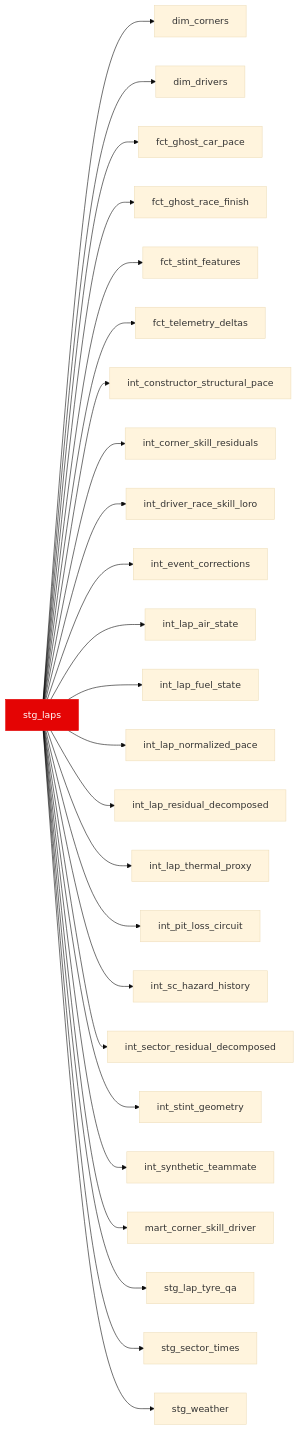
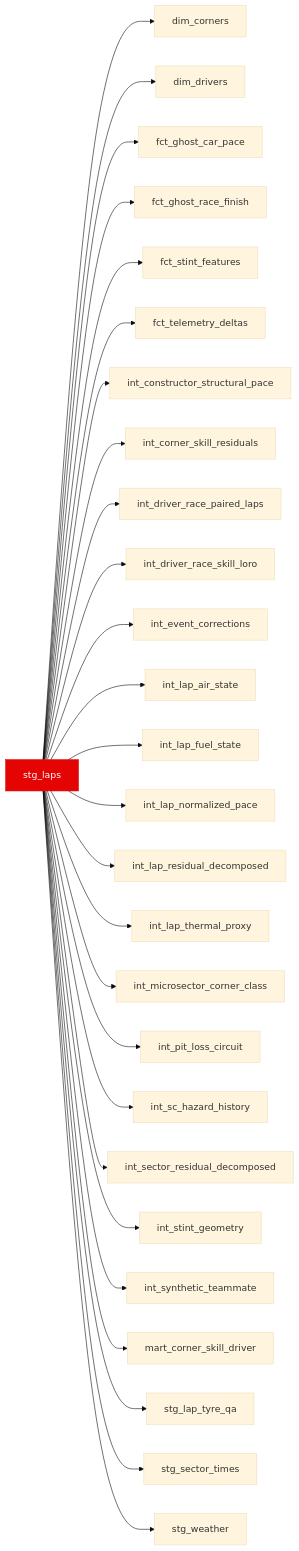
Before and after one commit to JustinClarke/off-the-pace: the diagram in docs/reference/models/stg/stg_laps.mdx, drawn with Mermaid (base theme). The commit also changed other lines of this file and 286 other files, not shown here.

````diff
--- a/docs/reference/models/stg/stg_laps.mdx
+++ b/docs/reference/models/stg/stg_laps.mdx
@@ -16,28 +16,30 @@
 ```mermaid
 flowchart LR
   stg_laps --> dim_corners
   stg_laps --> dim_drivers
   stg_laps --> fct_ghost_car_pace
   stg_laps --> fct_ghost_race_finish
   stg_laps --> fct_stint_features
   stg_laps --> fct_telemetry_deltas
   stg_laps --> int_constructor_structural_pace
   stg_laps --> int_corner_skill_residuals
+  stg_laps --> int_driver_race_paired_laps
   stg_laps --> int_driver_race_skill_loro
   stg_laps --> int_event_corrections
   stg_laps --> int_lap_air_state
   stg_laps --> int_lap_fuel_state
   stg_laps --> int_lap_normalized_pace
   stg_laps --> int_lap_residual_decomposed
   stg_laps --> int_lap_thermal_proxy
+  stg_laps --> int_microsector_corner_class
   stg_laps --> int_pit_loss_circuit
   stg_laps --> int_sc_hazard_history
   stg_laps --> int_sector_residual_decomposed
   stg_laps --> int_stint_geometry
   stg_laps --> int_synthetic_teammate
   stg_laps --> mart_corner_skill_driver
   stg_laps --> stg_lap_tyre_qa
   stg_laps --> stg_sector_times
   stg_laps --> stg_weather
   style stg_laps fill:#e40404,stroke:#e40404,color:#fff
 ```
````
